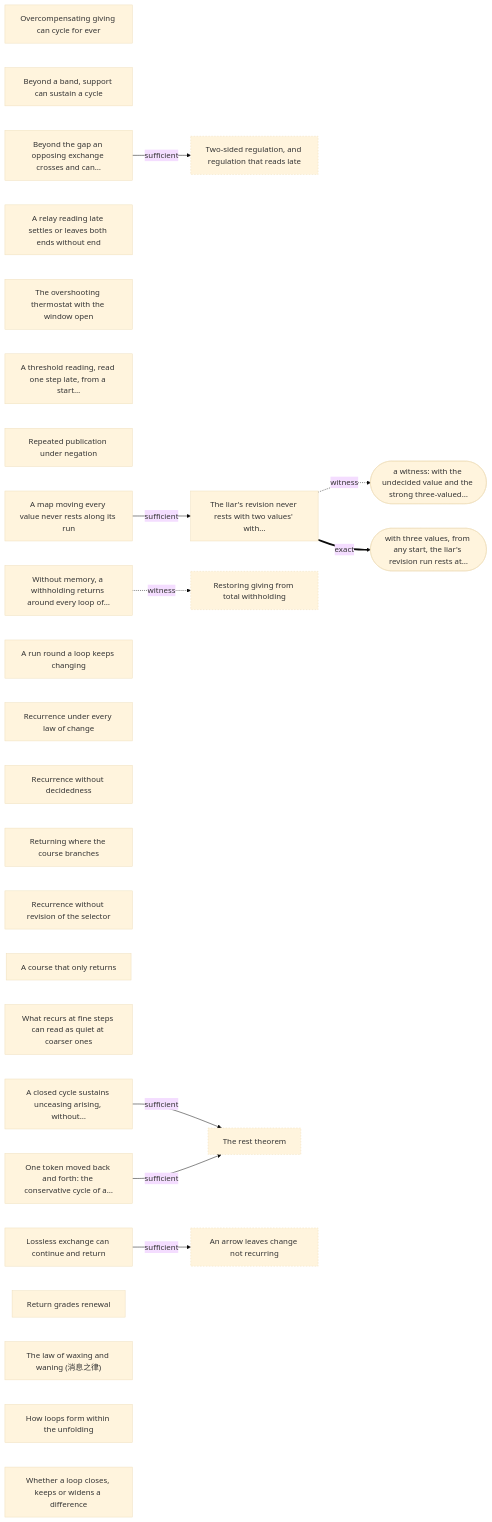
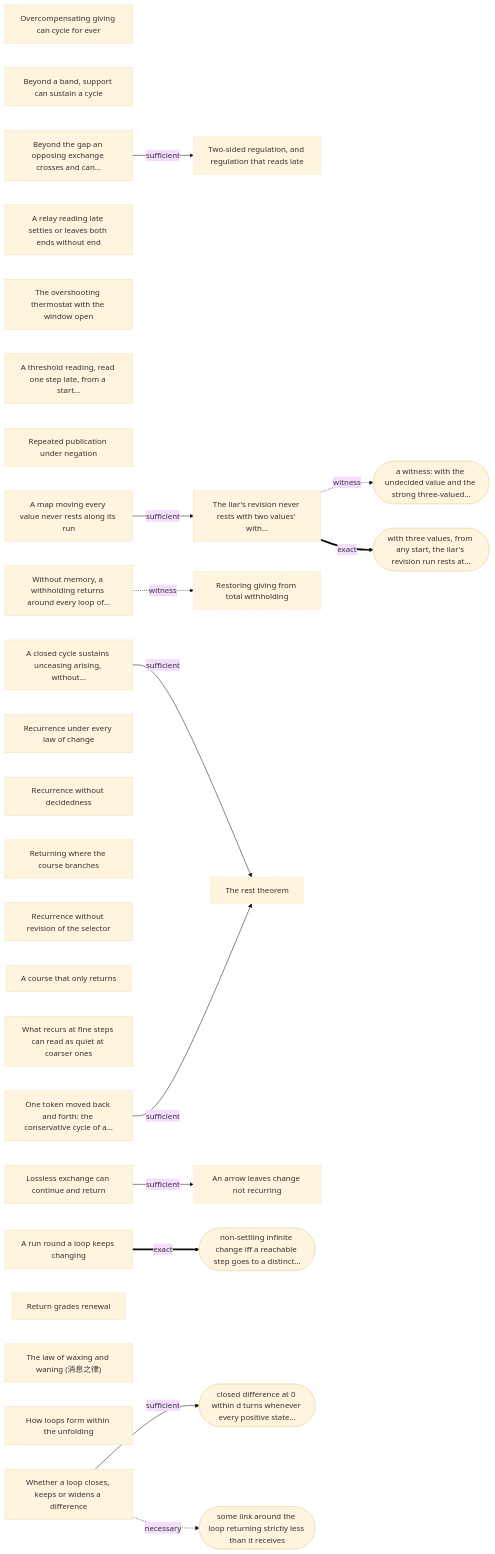
One commit to yongxu/theories changed the sixth of 8 diagrams in theories/becoming/results/atlas/TERRAIN.md. Above: the diagram before and after it, drawn with Mermaid (base theme). The commit also changed other lines of this file and 35 other files, not shown here.

````diff
--- a/theories/becoming/results/atlas/TERRAIN.md
+++ b/theories/becoming/results/atlas/TERRAIN.md
@@ -824,42 +926,48 @@
 ```mermaid
 flowchart LR
   n0["Overcompensating giving can cycle for ever"]
   n1["Beyond a band, support can sustain a cycle"]
   n2["Beyond the gap an opposing exchange crosses and can…"]
   n3["Two-sided regulation, and regulation that reads late"]:::other
   n4["A relay reading late settles or leaves both ends without end"]
   n5["The overshooting thermostat with the window open"]
   n6["A threshold reading, read one step late, from a start…"]
   n7["Repeated publication under negation"]
   n8["A map moving every value never rests along its run"]
   n9["The liar's revision never rests with two values' with…"]
   n10["Without memory, a withholding returns around every loop of…"]
   n11["Restoring giving from total withholding"]:::other
   n12["A run round a loop keeps changing"]
   n13["Recurrence under every law of change"]
   n14["Recurrence without decidedness"]
   n15["Returning where the course branches"]
   n16["Recurrence without revision of the selector"]
   n17["A course that only returns"]
   n18["What recurs at fine steps can read as quiet at coarser ones"]
   n19["A closed cycle sustains unceasing arising, without…"]
   n20["The rest theorem"]:::other
   n21["Lossless exchange can continue and return"]
   n22["An arrow leaves change not recurring"]:::other
   n23["One token moved back and forth: the conservative cycle of a…"]
   n24["Return grades renewal"]
   n25["The law of waxing and waning (消息之律)"]
   n26["How loops form within the unfolding"]
   n27["Whether a loop closes, keeps or widens a difference"]
   n2 -->|sufficient| n3
   n8 -->|sufficient| n9
   e1(["a witness: with the undecided value and the strong three-valued…"])
   n9 -.->|witness| e1
   e2(["with three values, from any start, the liar's revision run rests at…"])
   n9 ==>|exact| e2
   n10 -.->|witness| n11
+  e3(["non-settling infinite change iff a reachable step goes to a distinct…"])
+  n12 ==>|exact| e3
   n19 -->|sufficient| n20
   n21 -->|sufficient| n22
   n23 -->|sufficient| n20
+  e4(["closed difference at 0 within d turns whenever every positive state…"])
+  n27 -->|sufficient| e4
+  e5(["some link around the loop returning strictly less than it receives"])
+  n27 -.->|necessary| e5
   classDef other stroke-dasharray: 3 3
 ```
````
